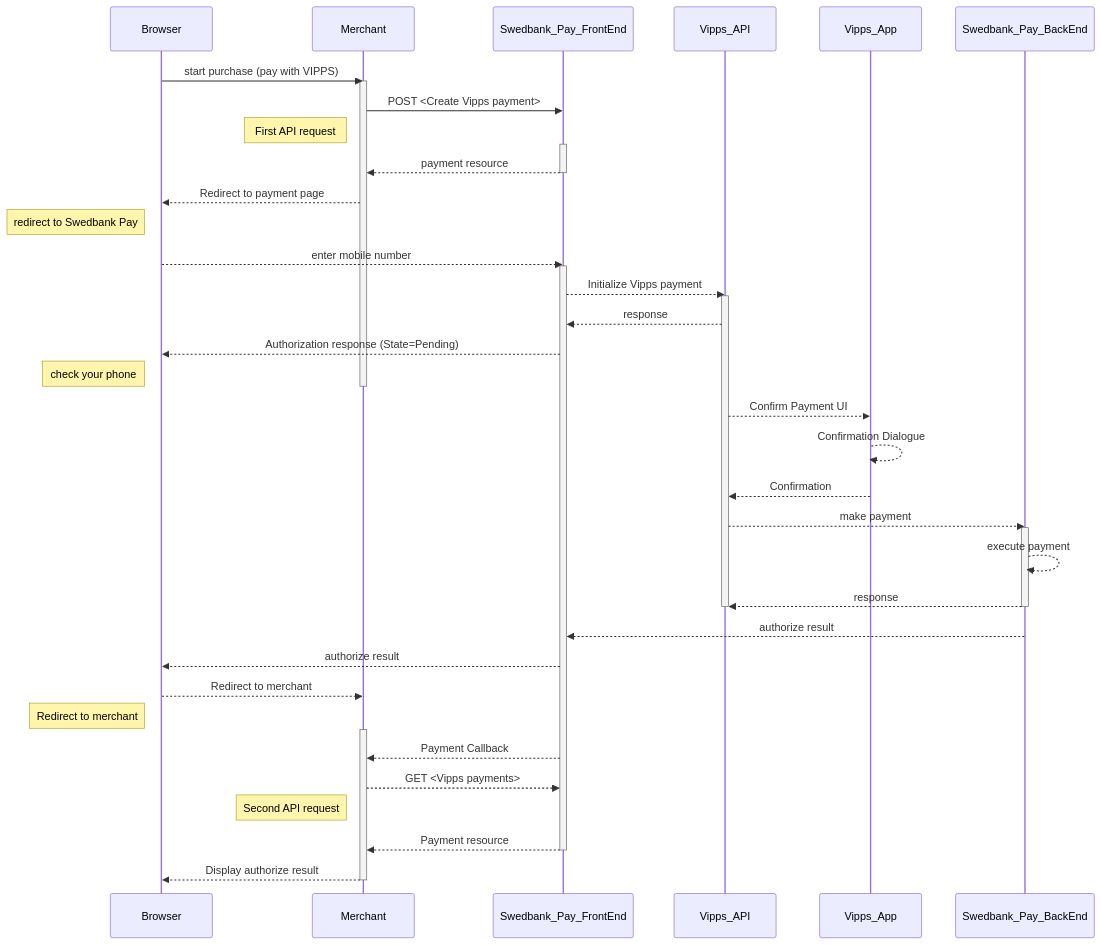
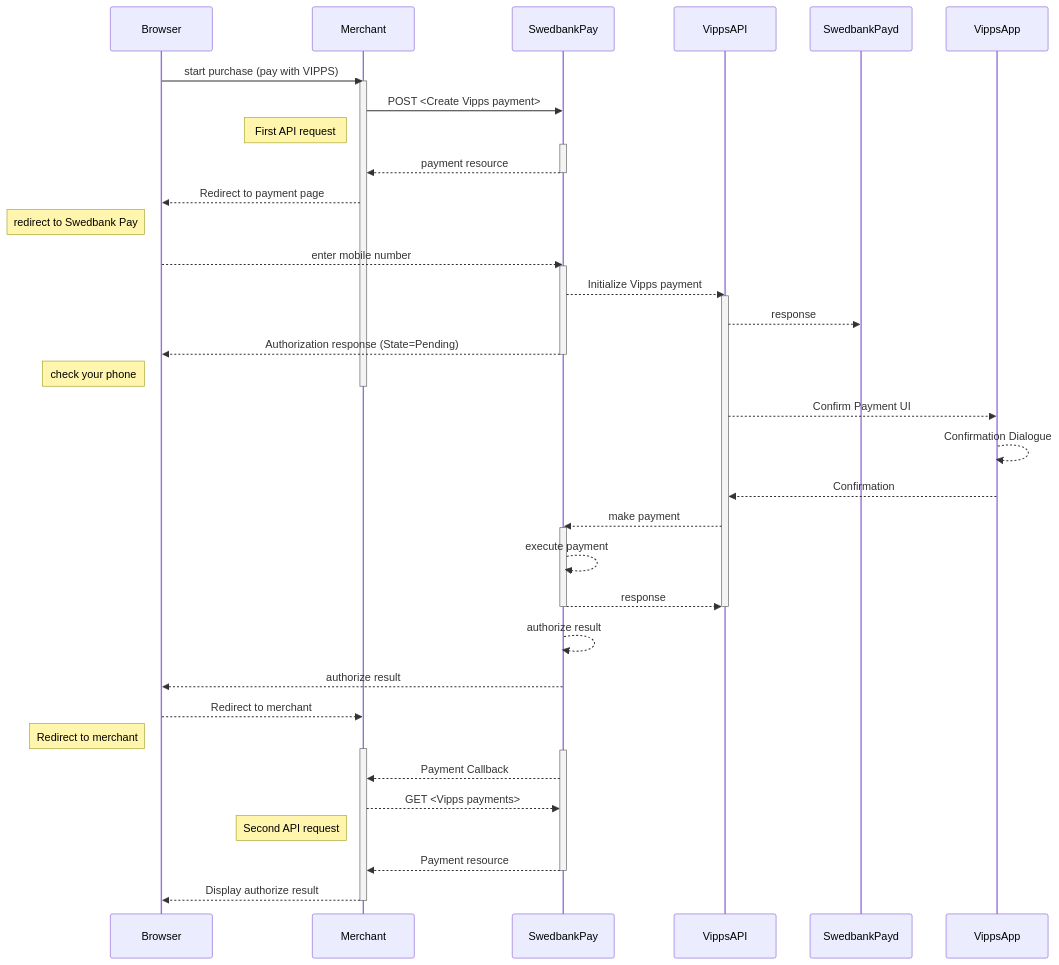
One commit to SwedbankPay/developer.swedbankpay.com changed the diagram in payments/vipps/redirect.md. Above: the diagram before and after it, drawn with Mermaid. The commit also changed other lines of this file, not shown here.

Commit message:
dx-490 changes to seq diagram in Vipps Redirect

````diff
--- a/payments/vipps/redirect.md
+++ b/payments/vipps/redirect.md
@@ -81,44 +63,45 @@
 ```mermaid
 sequenceDiagram
   Browser->>Merchant: start purchase (pay with VIPPS)
   activate Merchant
-
-  Merchant->>Swedbank_Pay_FrontEnd: POST <Create  Vipps payment>
+  Merchant->>SwedbankPay: POST <Create Vipps payment>
   note left of Merchant: First API request
-  activate Swedbank_Pay_FrontEnd
-  Swedbank_Pay_FrontEnd-->>Merchant: payment resource
-  deactivate Swedbank_Pay_FrontEnd
+  activate SwedbankPay
+  SwedbankPay-->>Merchant: payment resource
+  deactivate SwedbankPay
   Merchant-->>Browser: Redirect to payment page
   note left of Browser:redirect to Swedbank Pay
-  Browser-->>Swedbank_Pay_FrontEnd: enter mobile number
-  activate Swedbank_Pay_FrontEnd
+  Browser-->>SwedbankPay: enter mobile number
+  activate SwedbankPay
 
-  Swedbank_Pay_FrontEnd-->>Vipps_API: Initialize Vipps payment
-  activate Vipps_API
-  Vipps_API-->>Swedbank_Pay_FrontEnd: response
-  Swedbank_Pay_FrontEnd-->>Browser: Authorization response (State=Pending)
+  SwedbankPay-->>VippsAPI: Initialize Vipps payment
+  activate VippsAPI
+  VippsAPI-->>SwedbankPayd: response
+  SwedbankPay-->>Browser: Authorization response (State=Pending)
+  deactivate SwedbankPay
   note left of Browser: check your phone
   deactivate Merchant
 
-  Vipps_API-->>Vipps_App: Confirm Payment UI
-  Vipps_App-->>Vipps_App: Confirmation Dialogue
-  Vipps_App-->>Vipps_API: Confirmation
-  Vipps_API-->>Swedbank_Pay_BackEnd: make payment
-  activate Swedbank_Pay_BackEnd
-  Swedbank_Pay_BackEnd-->>Swedbank_Pay_BackEnd: execute payment
-  Swedbank_Pay_BackEnd-->>Vipps_API: response
-  deactivate Swedbank_Pay_BackEnd
-  deactivate Vipps_API
-  Swedbank_Pay_BackEnd-->>Swedbank_Pay_FrontEnd: authorize result
-  Swedbank_Pay_FrontEnd-->>Browser: authorize result
+  VippsAPI-->>VippsApp: Confirm Payment UI
+  VippsApp-->>VippsApp: Confirmation Dialogue
+  VippsApp-->>VippsAPI: Confirmation
+  VippsAPI-->>SwedbankPay: make payment
+  activate SwedbankPay
+  SwedbankPay-->>SwedbankPay: execute payment
+  SwedbankPay-->>VippsAPI: response
+  deactivate SwedbankPay
+  deactivate VippsAPI
+  SwedbankPay-->>SwedbankPay: authorize result
+  SwedbankPay-->>Browser: authorize result
   Browser-->>Merchant: Redirect to merchant
   note left of Browser: Redirect to merchant
   activate Merchant
-  Swedbank_Pay_FrontEnd-->>Merchant: Payment Callback
-  Merchant-->>Swedbank_Pay_FrontEnd: GET <Vipps payments>
+  activate SwedbankPay
+  SwedbankPay-->>Merchant: Payment Callback
+  Merchant-->>SwedbankPay: GET <Vipps payments>
   note left of Merchant: Second API request
-  Swedbank_Pay_FrontEnd-->>Merchant: Payment resource
-  deactivate Swedbank_Pay_FrontEnd
+  SwedbankPay-->>Merchant: Payment resource
+  deactivate SwedbankPay
   Merchant-->>Browser: Display authorize result
   deactivate Merchant
 ```
````
